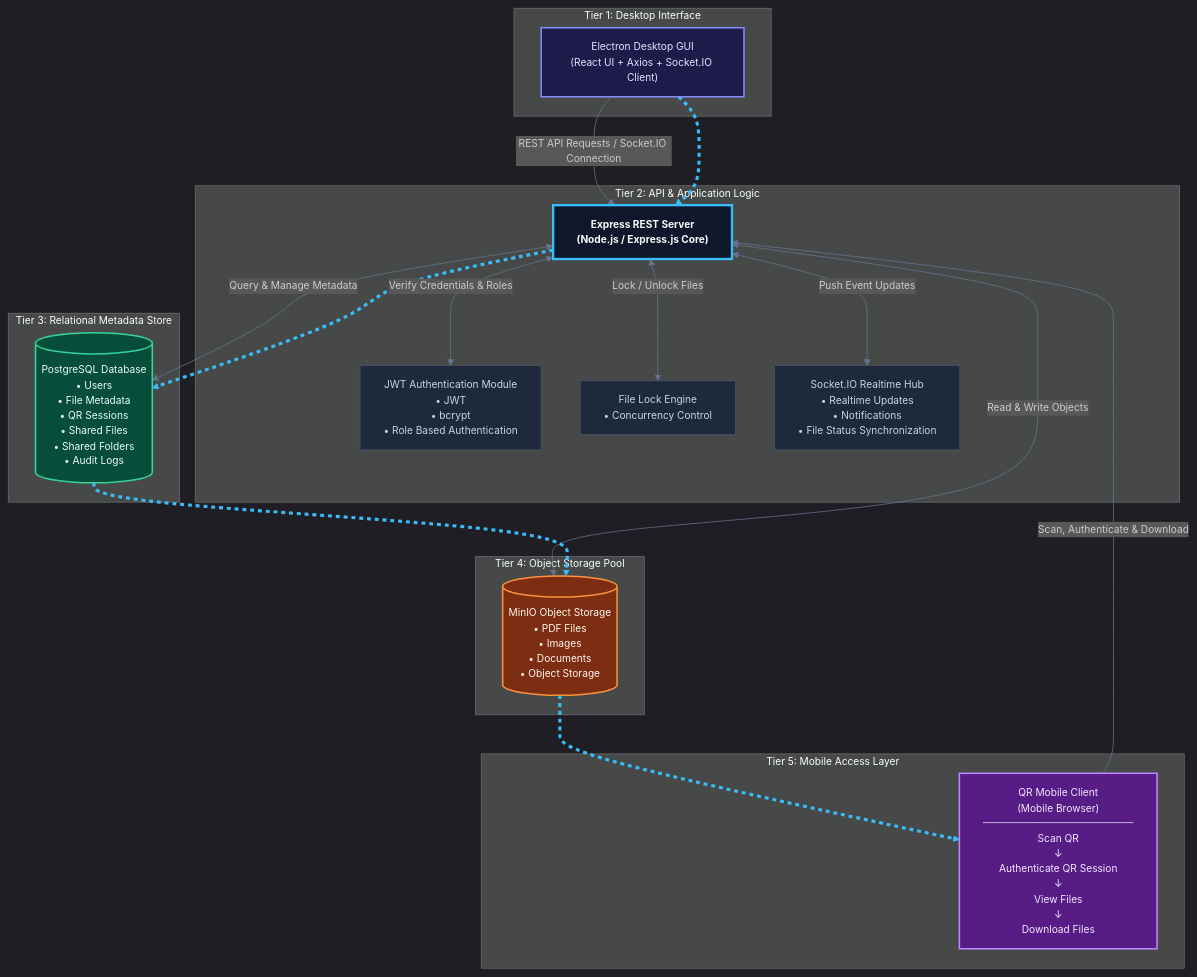
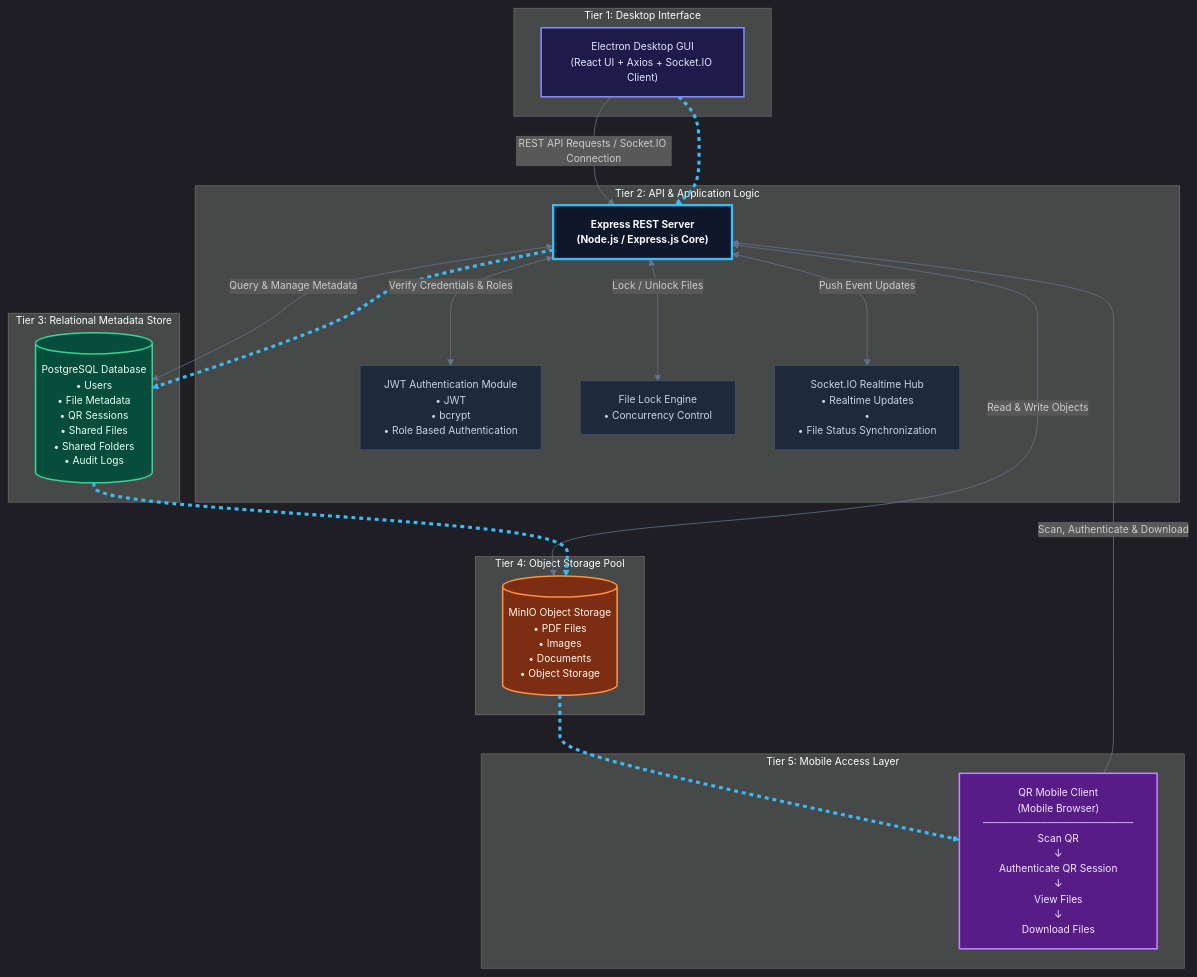
The diagram in README.md (ASujal404/FileServer), drawn with Mermaid before and after one commit. The commit also changed other lines of this file, not shown here.

First line of the commit message:
Update README to remove Notifications from Socket.IO

```diff
--- a/README.md
+++ b/README.md
@@ -101,7 +101,7 @@
         
         AuthModule["JWT Authentication Module<br/>• JWT<br/>• bcrypt<br/>• Role Based Authentication"]:::serverModule
         LockEngine["File Lock Engine<br/>• Concurrency Control"]:::serverModule
-        SocketHub["Socket.IO Realtime Hub<br/>• Realtime Updates<br/>• Notifications<br/>• File Status Synchronization"]:::serverModule
+        SocketHub["Socket.IO Realtime Hub<br/>• Realtime Updates<br/>• <br/>• File Status Synchronization"]:::serverModule
     end
 
     %% LAYER 3: PostgreSQL Database (Metadata)
```
